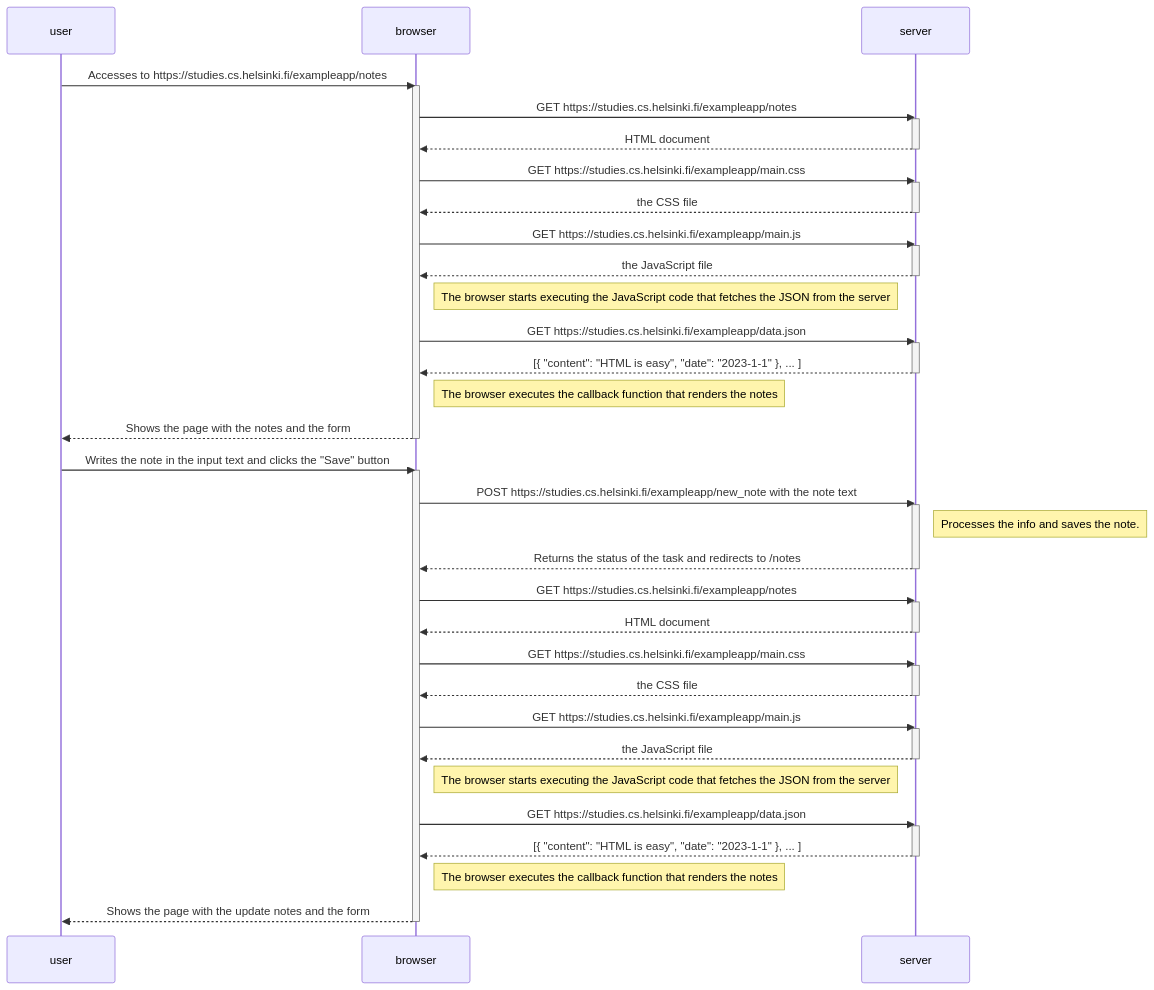
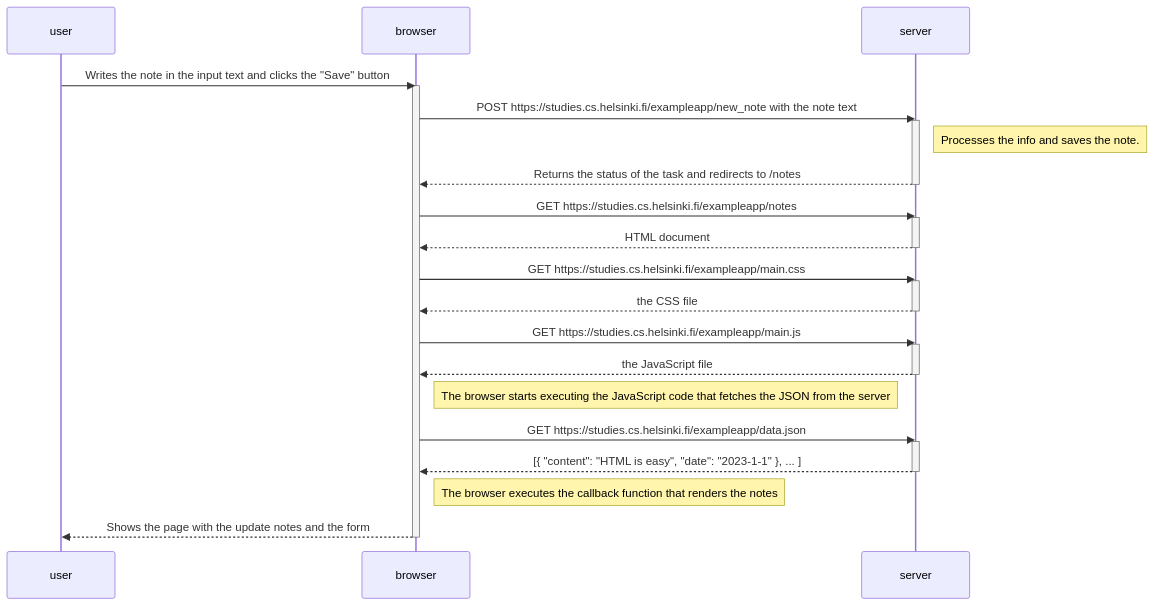
Before and after one commit to AnthonnyPiguave/FullStackOpenAP: the diagram in part0/0.4 Diagram/note_diagram.md, drawn with Mermaid.

````diff
--- a/part0/0.4 Diagram/note_diagram.md
+++ b/part0/0.4 Diagram/note_diagram.md
@@ -1,70 +1,41 @@
 ```mermaid
 sequenceDiagram
     participant user
     participant browser
     participant server
-
-    user->>browser: Accesses to  https://studies.cs.helsinki.fi/exampleapp/notes
-    activate browser
-
-    browser->>server: GET https://studies.cs.helsinki.fi/exampleapp/notes
-    activate server
-    server-->>browser: HTML document
-    deactivate server
-
-    browser->>server: GET https://studies.cs.helsinki.fi/exampleapp/main.css
-    activate server
-    server-->>browser: the CSS file
-    deactivate server
-
-    browser->>server: GET https://studies.cs.helsinki.fi/exampleapp/main.js
-    activate server
-    server-->>browser: the JavaScript file
-    deactivate server
-
-    Note right of browser: The browser starts executing the JavaScript code that fetches the JSON from the server
-
-    browser->>server: GET https://studies.cs.helsinki.fi/exampleapp/data.json
-    activate server
-    server-->>browser: [{ "content": "HTML is easy", "date": "2023-1-1" }, ... ]
-    deactivate server
-
-    Note right of browser: The browser executes the callback function that renders the notes
-    browser-->>user: Shows the page with the notes and the form
-    deactivate browser
 
     user->>browser: Writes the note in the input text and clicks the "Save" button
 
     activate browser
     browser->>server: POST https://studies.cs.helsinki.fi/exampleapp/new_note with the note text
     activate server
     Note right of server: Processes the info and saves the note.   
     server-->>browser: Returns the status of the task and redirects to /notes
     deactivate server
 
     browser->>server: GET https://studies.cs.helsinki.fi/exampleapp/notes
     activate server
     server-->>browser: HTML document
     deactivate server
     
     browser->>server: GET https://studies.cs.helsinki.fi/exampleapp/main.css
     activate server
     server-->>browser: the CSS file
     deactivate server
 
     browser->>server: GET https://studies.cs.helsinki.fi/exampleapp/main.js
     activate server
     server-->>browser: the JavaScript file
     deactivate server
 
     Note right of browser: The browser starts executing the JavaScript code that fetches the JSON from the server
 
     browser->>server: GET https://studies.cs.helsinki.fi/exampleapp/data.json
     activate server
     server-->>browser: [{ "content": "HTML is easy", "date": "2023-1-1" }, ... ]
     deactivate server
 
     Note right of browser: The browser executes the callback function that renders the notes
     browser-->>user: Shows the page with the update notes and the form
     deactivate browser
 ```
````
